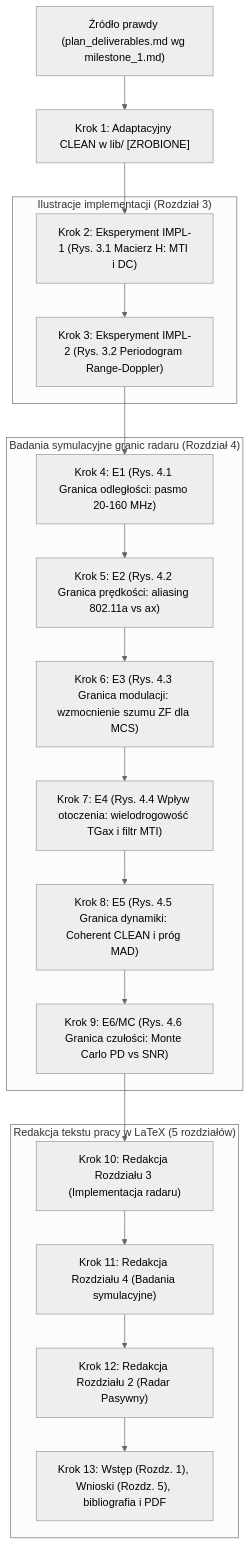
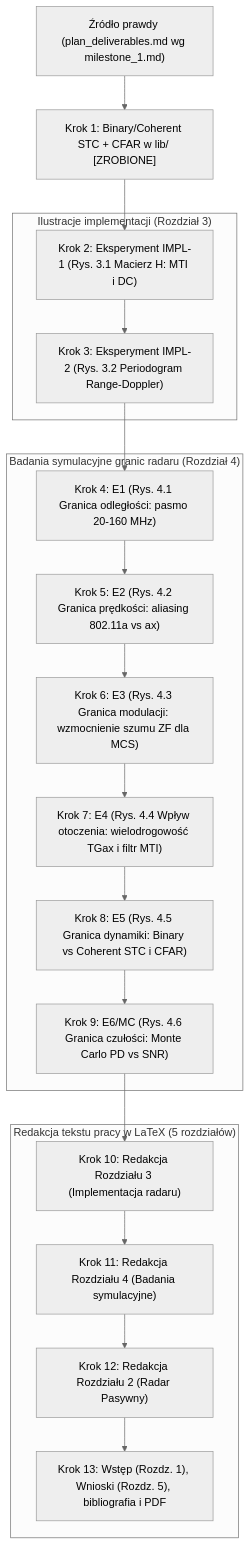
One commit to nix746/wifi-radar changed the diagram in docs/plan_work_order.md. Above: the diagram before and after it, drawn with Mermaid (neutral theme). The commit also changed other lines of this file and 4 other files, not shown here.

````diff
--- a/docs/plan_work_order.md
+++ b/docs/plan_work_order.md
@@ -63,35 +63,35 @@
 ```mermaid
 flowchart TD
     D["Źródło prawdy (plan_deliverables.md wg milestone_1.md)"]
-    K1["Krok 1: Adaptacyjny CLEAN w lib/ [ZROBIONE]"]
+    K1["Krok 1: Binary/Coherent STC + CFAR w lib/ [ZROBIONE]"]
     
     subgraph EXP_IMPL["Ilustracje implementacji (Rozdział 3)"]
         K2["Krok 2: Eksperyment IMPL-1 (Rys. 3.1 Macierz H: MTI i DC)"]
         K3["Krok 3: Eksperyment IMPL-2 (Rys. 3.2 Periodogram Range-Doppler)"]
     end
 
     subgraph EXP_SIM["Badania symulacyjne granic radaru (Rozdział 4)"]
         K4["Krok 4: E1 (Rys. 4.1 Granica odległości: pasmo 20-160 MHz)"]
         K5["Krok 5: E2 (Rys. 4.2 Granica prędkości: aliasing 802.11a vs ax)"]
         K6["Krok 6: E3 (Rys. 4.3 Granica modulacji: wzmocnienie szumu ZF dla MCS)"]
         K7["Krok 7: E4 (Rys. 4.4 Wpływ otoczenia: wielodrogowość TGax i filtr MTI)"]
-        K8["Krok 8: E5 (Rys. 4.5 Granica dynamiki: Coherent CLEAN i próg MAD)"]
+        K8["Krok 8: E5 (Rys. 4.5 Granica dynamiki: Binary vs Coherent STC i CFAR)"]
         K9["Krok 9: E6/MC (Rys. 4.6 Granica czułości: Monte Carlo PD vs SNR)"]
     end
 
     subgraph LATEX["Redakcja tekstu pracy w LaTeX (5 rozdziałów)"]
         K10["Krok 10: Redakcja Rozdziału 3 (Implementacja radaru)"]
         K11["Krok 11: Redakcja Rozdziału 4 (Badania symulacyjne)"]
         K12["Krok 12: Redakcja Rozdziału 2 (Radar Pasywny)"]
         K13["Krok 13: Wstęp (Rozdz. 1), Wnioski (Rozdz. 5), bibliografia i PDF"]
     end
 
     D --> K1
     K1 --> K2
     K2 --> K3
     K3 --> K4 --> K5 --> K6 --> K7 --> K8 --> K9
     K9 --> K10
     K10 --> K11
     K11 --> K12
     K12 --> K13
 ```
````
